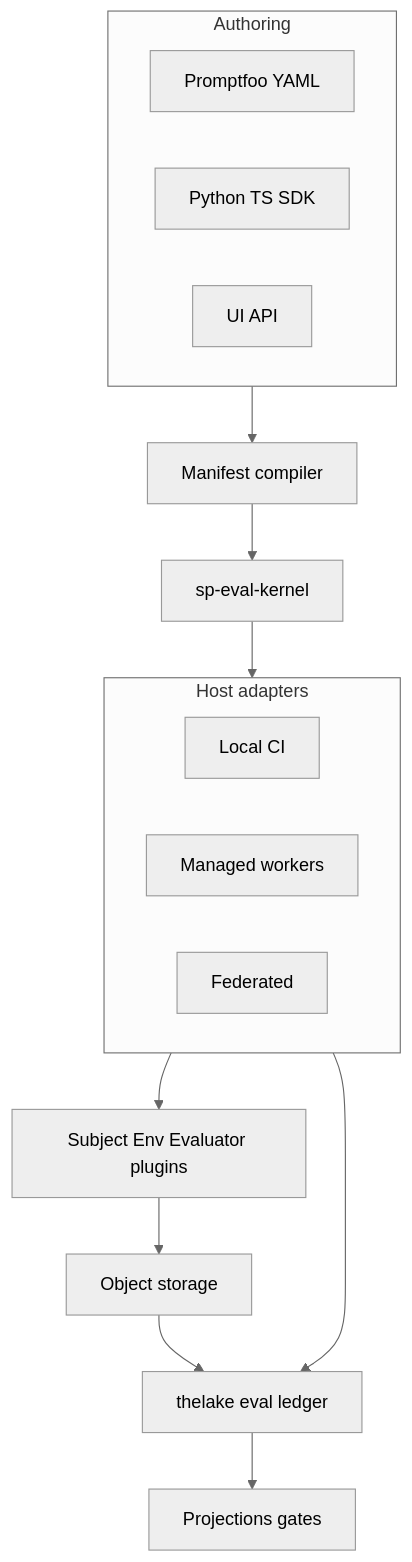
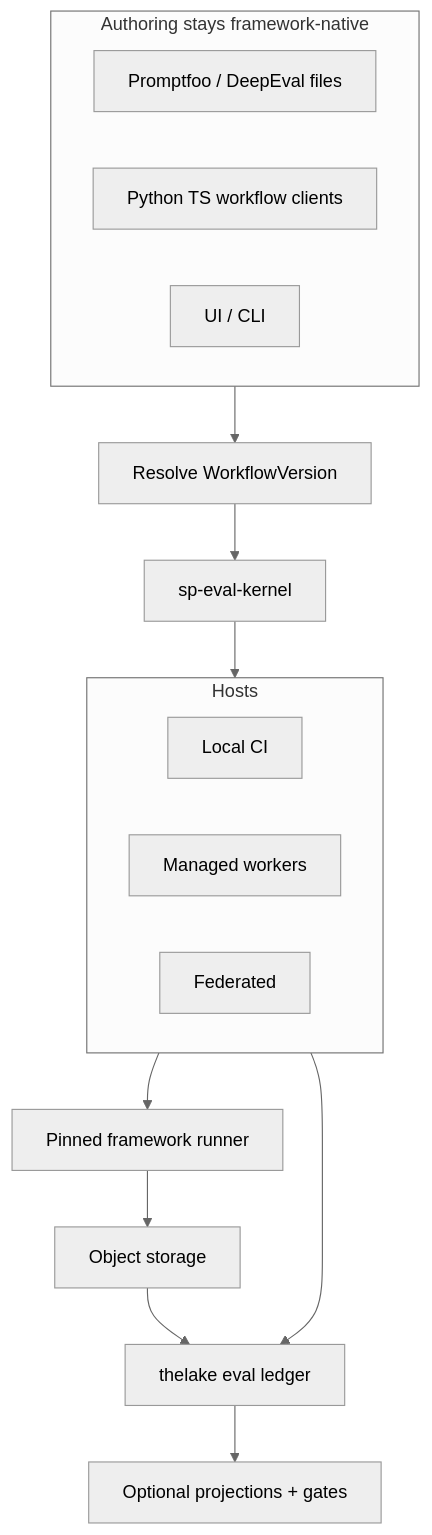
Before and after one commit to softprobe/document-website: the diagram in en/evaluation/architecture/index.md, drawn with Mermaid (neutral theme). The commit also changed other lines of this file and 57 other files, not shown here.

````diff
--- a/en/evaluation/architecture/index.md
+++ b/en/evaluation/architecture/index.md
@@ -9,25 +9,25 @@
 ```mermaid
 flowchart TB
-  subgraph authoring [Authoring]
-    YAML[Promptfoo YAML]
-    SDK[Python TS SDK]
-    UI[UI API]
+  subgraph authoring [Authoring stays framework-native]
+    YAML[Promptfoo / DeepEval files]
+    SDK[Python TS workflow clients]
+    UI[UI / CLI]
   end
-  Compiler[Manifest compiler]
+  Resolve[Resolve WorkflowVersion]
   Kernel[sp-eval-kernel]
-  subgraph hosts [Host adapters]
+  subgraph hosts [Hosts]
     Local[Local CI]
     Managed[Managed workers]
     Fed[Federated]
   end
-  Plugins[Subject Env Evaluator plugins]
+  Runner[Pinned framework runner]
   Ledger[thelake eval ledger]
   Obj[Object storage]
-  Proj[Projections gates]
-  authoring --> Compiler --> Kernel
-  Kernel --> hosts --> Plugins
+  Proj[Optional projections + gates]
+  authoring --> Resolve --> Kernel
+  Kernel --> hosts --> Runner
   hosts --> Ledger
-  Plugins --> Obj
+  Runner --> Obj
   Obj --> Ledger
   Ledger --> Proj
 ```
````
